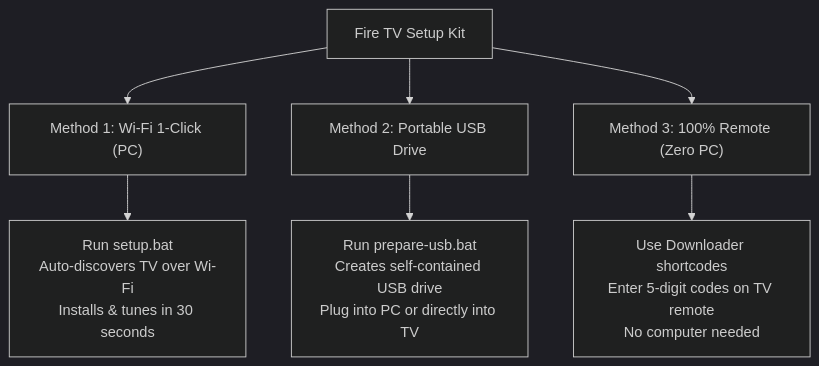
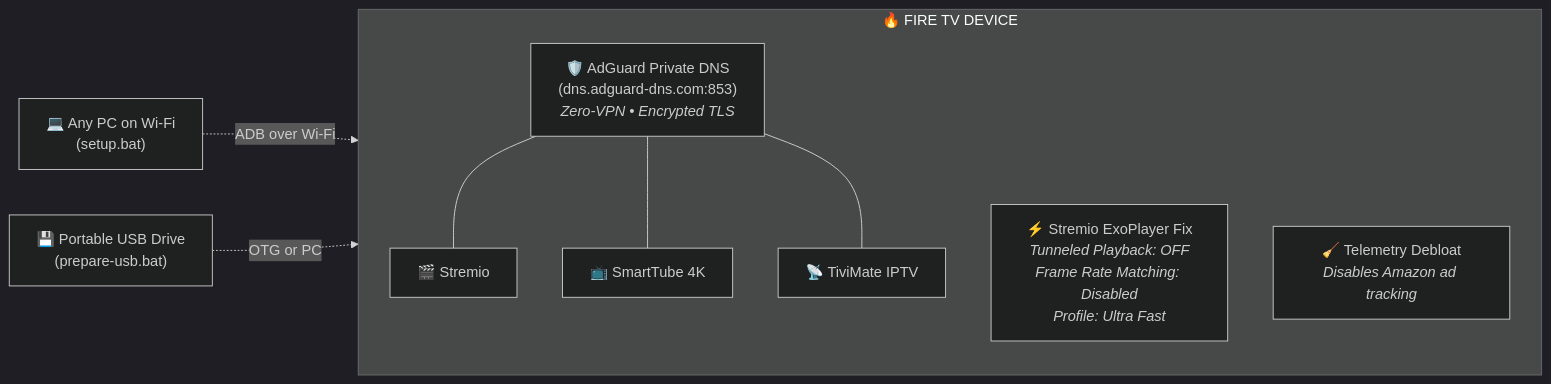
One commit to LIN4CRE/firetv-kit changed the diagram in README.md. Above: the diagram before and after it, drawn with Mermaid (dark theme). The commit also changed other lines of this file and 12 other files, not shown here.

````diff
--- a/README.md
+++ b/README.md
@@ -35,10 +21,16 @@
 ```mermaid
-flowchart TD
-    A["Fire TV Setup Kit"] --> B["Method 1: Wi-Fi 1-Click (PC)"]
-    A --> C["Method 2: Portable USB Drive"]
-    A --> D["Method 3: 100% Remote (Zero PC)"]
-    
-    B --> B1["Run setup.bat<br/>Auto-discovers TV over Wi-Fi<br/>Installs & tunes in 30 seconds"]
-    C --> C1["Run prepare-usb.bat<br/>Creates self-contained USB drive<br/>Plug into PC or directly into TV"]
-    D --> D1["Use Downloader shortcodes<br/>Enter 5-digit codes on TV remote<br/>No computer needed"]
+flowchart LR
+    subgraph Core ["🔥 FIRE TV DEVICE"]
+        direction TB
+        DNS["🛡️ AdGuard Private DNS<br/>(dns.adguard-dns.com:853)<br/><i>Zero-VPN • Encrypted TLS</i>"]
+        OPT["⚡ Stremio ExoPlayer Fix<br/><i>Tunneled Playback: OFF<br/>Frame Rate Matching: Disabled<br/>Profile: Ultra Fast</i>"]
+        DEB["🧹 Telemetry Debloat<br/><i>Disables Amazon ad tracking</i>"]
+        
+        DNS --- S1["🎬 Stremio"]
+        DNS --- S2["📺 SmartTube 4K"]
+        DNS --- S3["📡 TiviMate IPTV"]
+    end
+
+    PC["💻 Any PC on Wi-Fi<br/>(setup.bat)"] -.->|ADB over Wi-Fi| Core
+    USB["💾 Portable USB Drive<br/>(prepare-usb.bat)"] -.->|OTG or PC| Core
 ```
````
